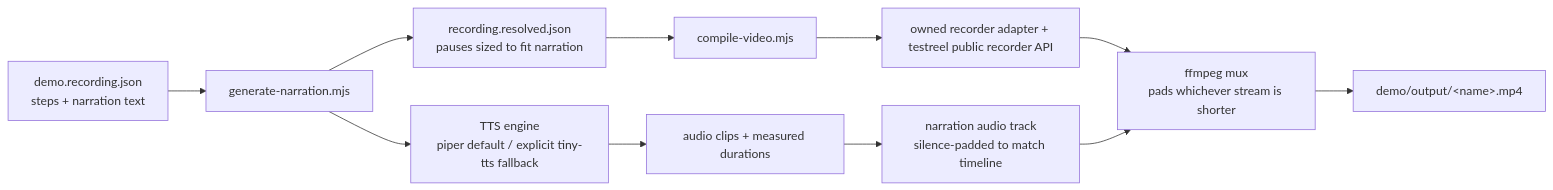
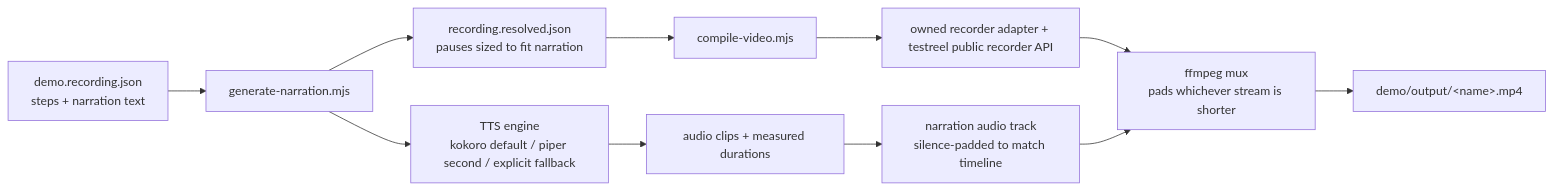
One commit to ShahFaisalGfG/demo-video changed the diagram in reference.md. Above: the diagram before and after it, drawn with Mermaid. The commit also changed other lines of this file and 38 other files, not shown here.

````diff
--- a/reference.md
+++ b/reference.md
@@ -52,13 +68,13 @@
 ```mermaid
 flowchart LR
  A[demo.recording.json<br/>steps + narration text] --> B[generate-narration.mjs]
- B --> C[TTS engine<br/>piper default / explicit tiny-tts fallback]
+ B --> C[TTS engine<br/>kokoro default / piper second / explicit fallback]
  C --> D[audio clips + measured durations]
  B --> E[recording.resolved.json<br/>pauses sized to fit narration]
  E --> F[compile-video.mjs]
  F --> G[owned recorder adapter + testreel public recorder API]
  D --> H[narration audio track<br/>silence-padded to match timeline]
  G --> I[ffmpeg mux<br/>pads whichever stream is shorter]
  H --> I
  I --> J[demo/output/&lt;name&gt;.mp4]
 ```
````
